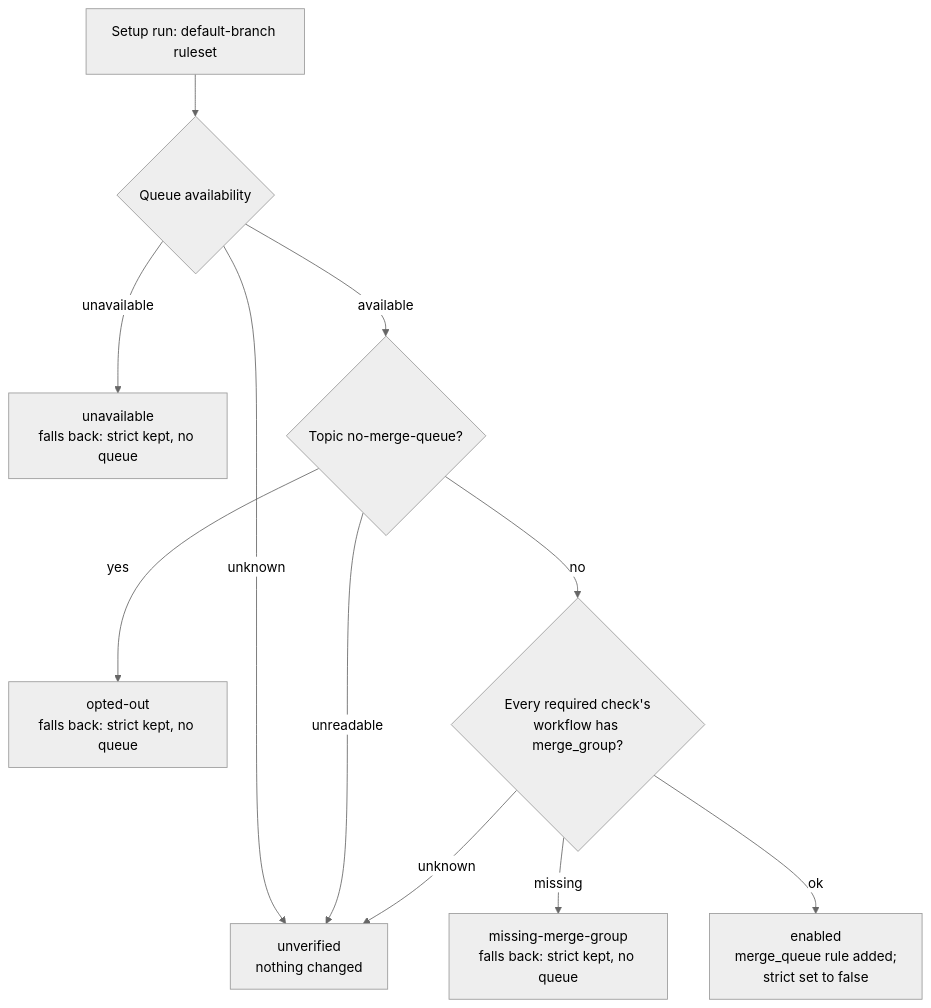
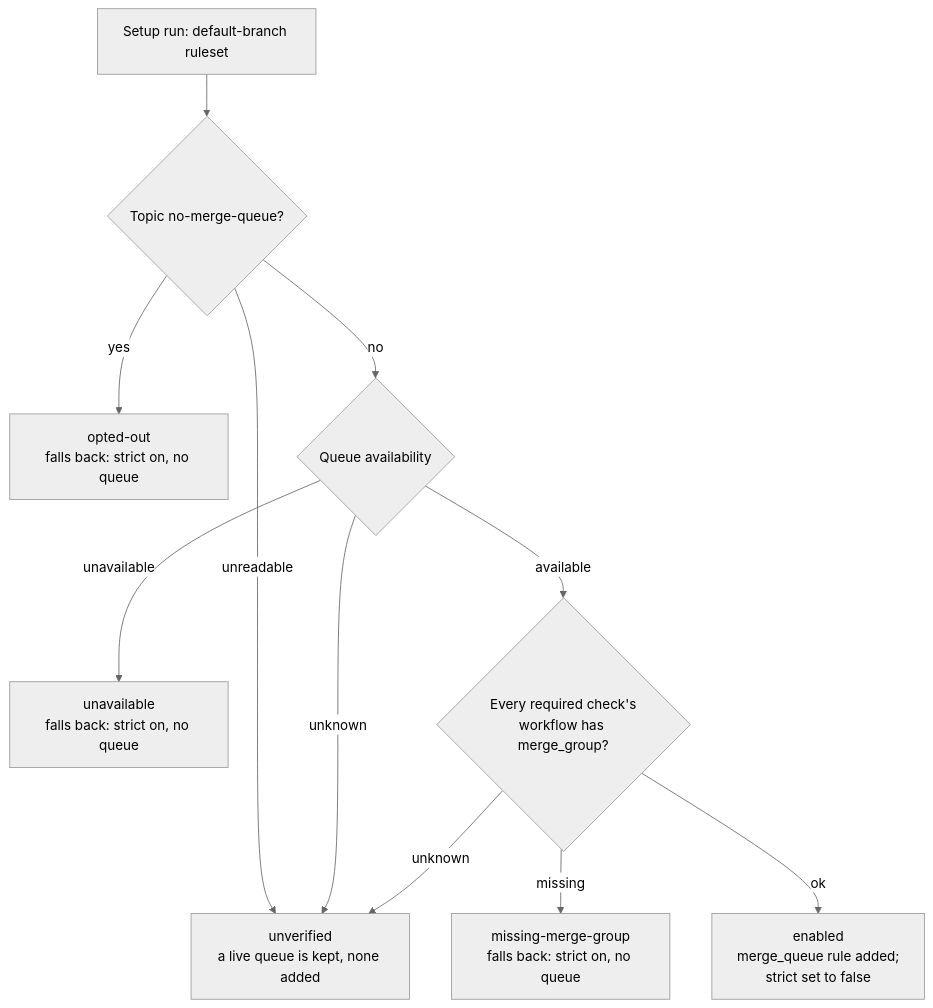
One commit to stSoftwareAU/VibeCoder changed the fourth of 11 diagrams in docs/MERGE.md. Above: the diagram before and after it, drawn with Mermaid (neutral theme). The commit also changed other lines of this file and 6 other files, not shown here.

````diff
--- a/docs/MERGE.md
+++ b/docs/MERGE.md
@@ -296,13 +301,13 @@
 ```mermaid
 flowchart TD
-    A[Setup run: default-branch ruleset] --> B{Queue availability}
-    B -- unavailable --> X["unavailable<br/>falls back: strict kept, no queue"]
-    B -- unknown --> U["unverified<br/>nothing changed"]
-    B -- available --> C{Topic no-merge-queue?}
-    C -- yes --> O["opted-out<br/>falls back: strict kept, no queue"]
-    C -- unreadable --> U
-    C -- no --> D{Every required check's<br/>workflow has merge_group?}
-    D -- missing --> M["missing-merge-group<br/>falls back: strict kept, no queue"]
+    A[Setup run: default-branch ruleset] --> B{Topic no-merge-queue?}
+    B -- yes --> O["opted-out<br/>falls back: strict on, no queue"]
+    B -- unreadable --> U["unverified<br/>a live queue is kept, none added"]
+    B -- no --> C{Queue availability}
+    C -- unavailable --> X["unavailable<br/>falls back: strict on, no queue"]
+    C -- unknown --> U
+    C -- available --> D{Every required check's<br/>workflow has merge_group?}
+    D -- missing --> M["missing-merge-group<br/>falls back: strict on, no queue"]
     D -- unknown --> U
     D -- ok --> E["enabled<br/>merge_queue rule added;<br/>strict set to false"]
 ```
````
